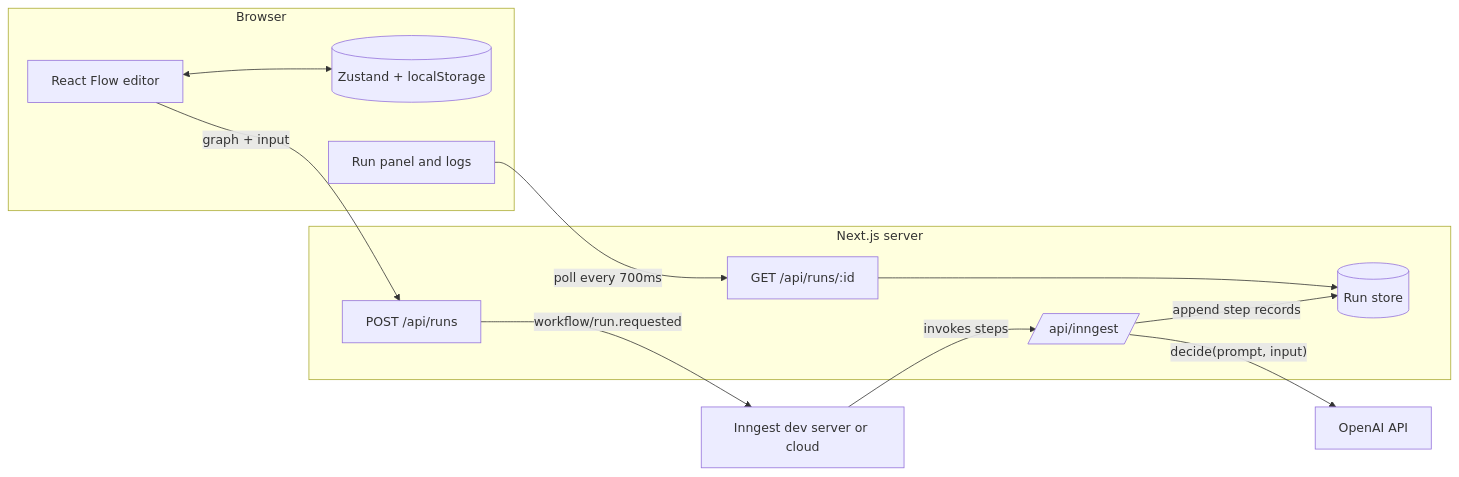
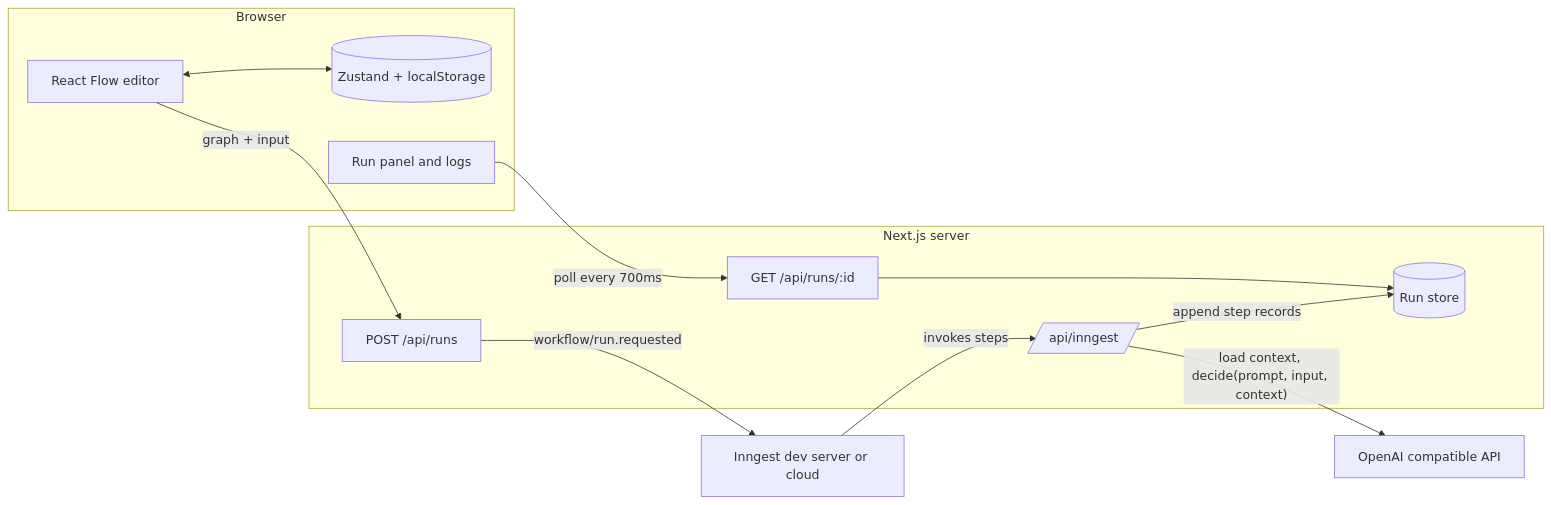
One commit to Red1-Rahman/YesNo-Flow changed the first of 2 diagrams in docs/architecture.md. Above: the diagram before and after it, drawn with Mermaid. The commit also changed other lines of this file and 56 other files, not shown here.

````diff
--- a/docs/architecture.md
+++ b/docs/architecture.md
@@ -12,25 +12,25 @@
 ```mermaid
 flowchart LR
   subgraph Browser
     Editor[React Flow editor]
     Store[(Zustand + localStorage)]
     Panel[Run panel and logs]
   end
   subgraph Next.js server
     RunsAPI[POST /api/runs]
     PollAPI[GET /api/runs/:id]
     InngestAPI[/api/inngest/]
     RunStore[(Run store)]
   end
   Inngest[Inngest dev server or cloud]
-  OpenAI[OpenAI API]
+  LLM[OpenAI compatible API]
 
   Editor <--> Store
   Editor -- graph + input --> RunsAPI
   RunsAPI -- workflow/run.requested --> Inngest
   Inngest -- invokes steps --> InngestAPI
-  InngestAPI -- decide(prompt, input) --> OpenAI
+  InngestAPI -- load context, decide(prompt, input, context) --> LLM
   InngestAPI -- append step records --> RunStore
   Panel -- poll every 700ms --> PollAPI
   PollAPI --> RunStore
 ```
````
